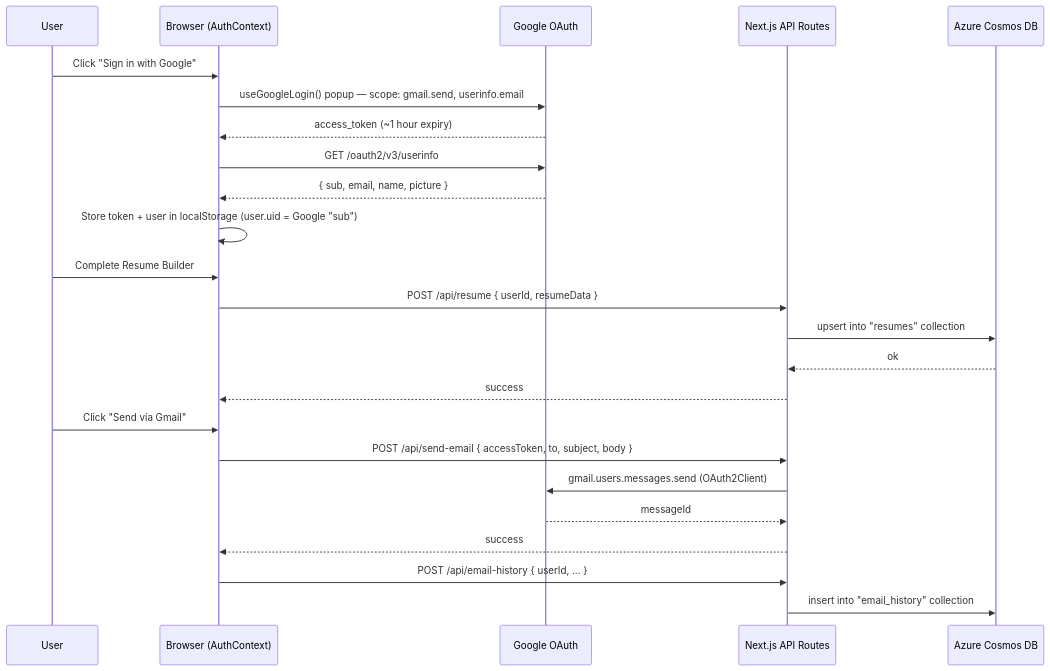
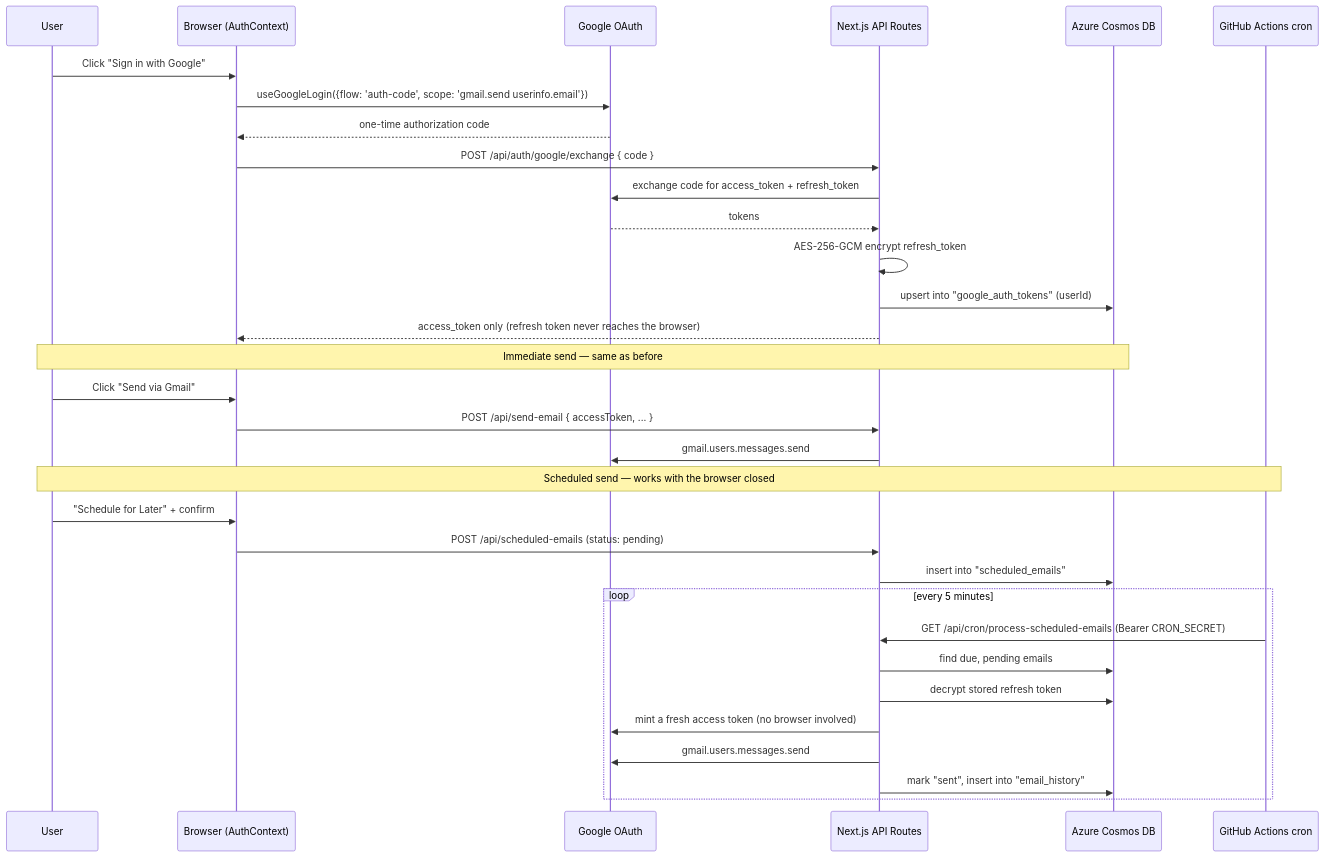
One commit to ChamathDilshanC/Job_Email_Generator---Sender-Gmail-Outlook changed the second of 3 diagrams in README.md. Above: the diagram before and after it, drawn with Mermaid. The commit also changed other lines of this file, not shown here.

````diff
--- a/README.md
+++ b/README.md
@@ -77,29 +110,37 @@
 ```mermaid
 sequenceDiagram
     participant U as User
     participant B as Browser (AuthContext)
     participant G as Google OAuth
     participant API as Next.js API Routes
     participant DB as Azure Cosmos DB
+    participant GHA as GitHub Actions cron
 
     U->>B: Click "Sign in with Google"
-    B->>G: useGoogleLogin() popup — scope: gmail.send, userinfo.email
-    G-->>B: access_token (~1 hour expiry)
-    B->>G: GET /oauth2/v3/userinfo
-    G-->>B: { sub, email, name, picture }
-    B->>B: Store token + user in localStorage (user.uid = Google "sub")
+    B->>G: useGoogleLogin({flow: 'auth-code', scope: 'gmail.send userinfo.email'})
+    G-->>B: one-time authorization code
+    B->>API: POST /api/auth/google/exchange { code }
+    API->>G: exchange code for access_token + refresh_token
+    G-->>API: tokens
+    API->>API: AES-256-GCM encrypt refresh_token
+    API->>DB: upsert into "google_auth_tokens" (userId)
+    API-->>B: access_token only (refresh token never reaches the browser)
 
-    U->>B: Complete Resume Builder
-    B->>API: POST /api/resume { userId, resumeData }
-    API->>DB: upsert into "resumes" collection
-    DB-->>API: ok
-    API-->>B: success
+    Note over U,DB: Immediate send — same as before
+    U->>B: Click "Send via Gmail"
+    B->>API: POST /api/send-email { accessToken, ... }
+    API->>G: gmail.users.messages.send
 
-    U->>B: Click "Send via Gmail"
-    B->>API: POST /api/send-email { accessToken, to, subject, body }
-    API->>G: gmail.users.messages.send (OAuth2Client)
-    G-->>API: messageId
-    API-->>B: success
-    B->>API: POST /api/email-history { userId, ... }
-    API->>DB: insert into "email_history" collection
+    Note over U,GHA: Scheduled send — works with the browser closed
+    U->>B: "Schedule for Later" + confirm
+    B->>API: POST /api/scheduled-emails (status: pending)
+    API->>DB: insert into "scheduled_emails"
+    loop every 5 minutes
+        GHA->>API: GET /api/cron/process-scheduled-emails (Bearer CRON_SECRET)
+        API->>DB: find due, pending emails
+        API->>DB: decrypt stored refresh token
+        API->>G: mint a fresh access token (no browser involved)
+        API->>G: gmail.users.messages.send
+        API->>DB: mark "sent", insert into "email_history"
+    end
 ```
````
